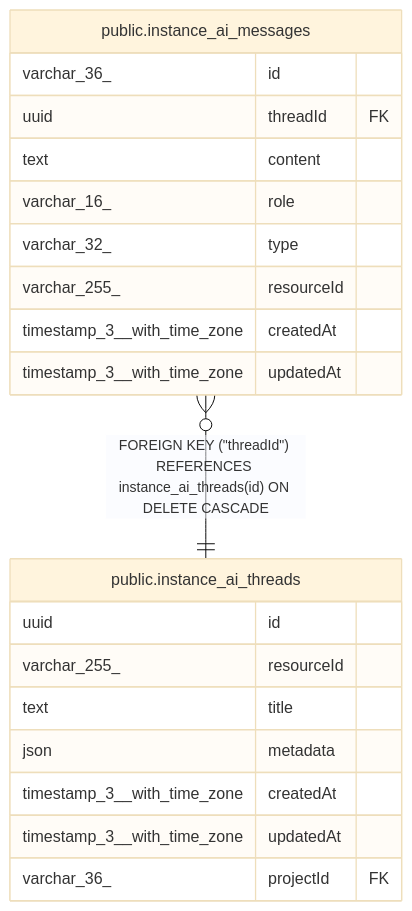
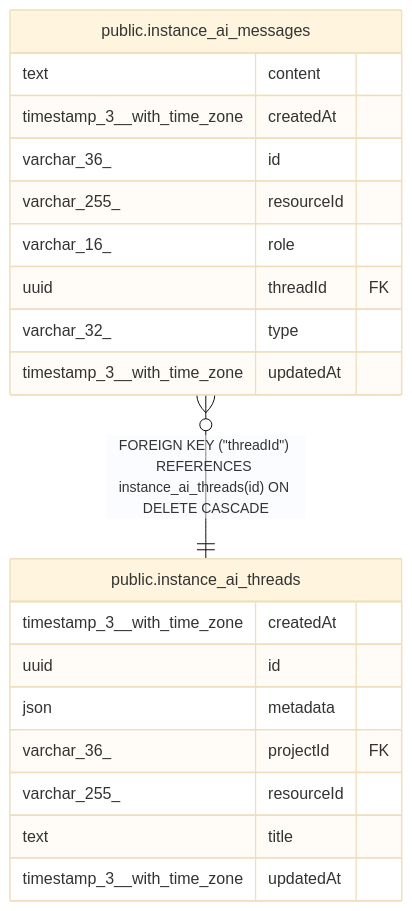
Before and after one commit to mayankjain1815-commits/n8n: the diagram in docs/generated/postgres-schema/public.instance_ai_messages.md, drawn with Mermaid (base theme). The commit also changed other lines of this file and 221 other files, not shown here.

Commit message:
chore(core): Make DB schema docs generation deterministic (#32373)

````diff
--- a/docs/generated/postgres-schema/public.instance_ai_messages.md
+++ b/docs/generated/postgres-schema/public.instance_ai_messages.md
@@ -39,25 +39,25 @@
 ```mermaid
 erDiagram
 
 "public.instance_ai_messages" }o--|| "public.instance_ai_threads" : "FOREIGN KEY (#quot;threadId#quot;) REFERENCES instance_ai_threads(id) ON DELETE CASCADE"
 
 "public.instance_ai_messages" {
+  text content
+  timestamp_3__with_time_zone createdAt
   varchar_36_ id
+  varchar_255_ resourceId
+  varchar_16_ role
   uuid threadId FK
-  text content
-  varchar_16_ role
   varchar_32_ type
-  varchar_255_ resourceId
-  timestamp_3__with_time_zone createdAt
   timestamp_3__with_time_zone updatedAt
 }
 "public.instance_ai_threads" {
+  timestamp_3__with_time_zone createdAt
   uuid id
+  json metadata
+  varchar_36_ projectId FK
   varchar_255_ resourceId
   text title
-  json metadata
-  timestamp_3__with_time_zone createdAt
   timestamp_3__with_time_zone updatedAt
-  varchar_36_ projectId FK
 }
 ```
````
